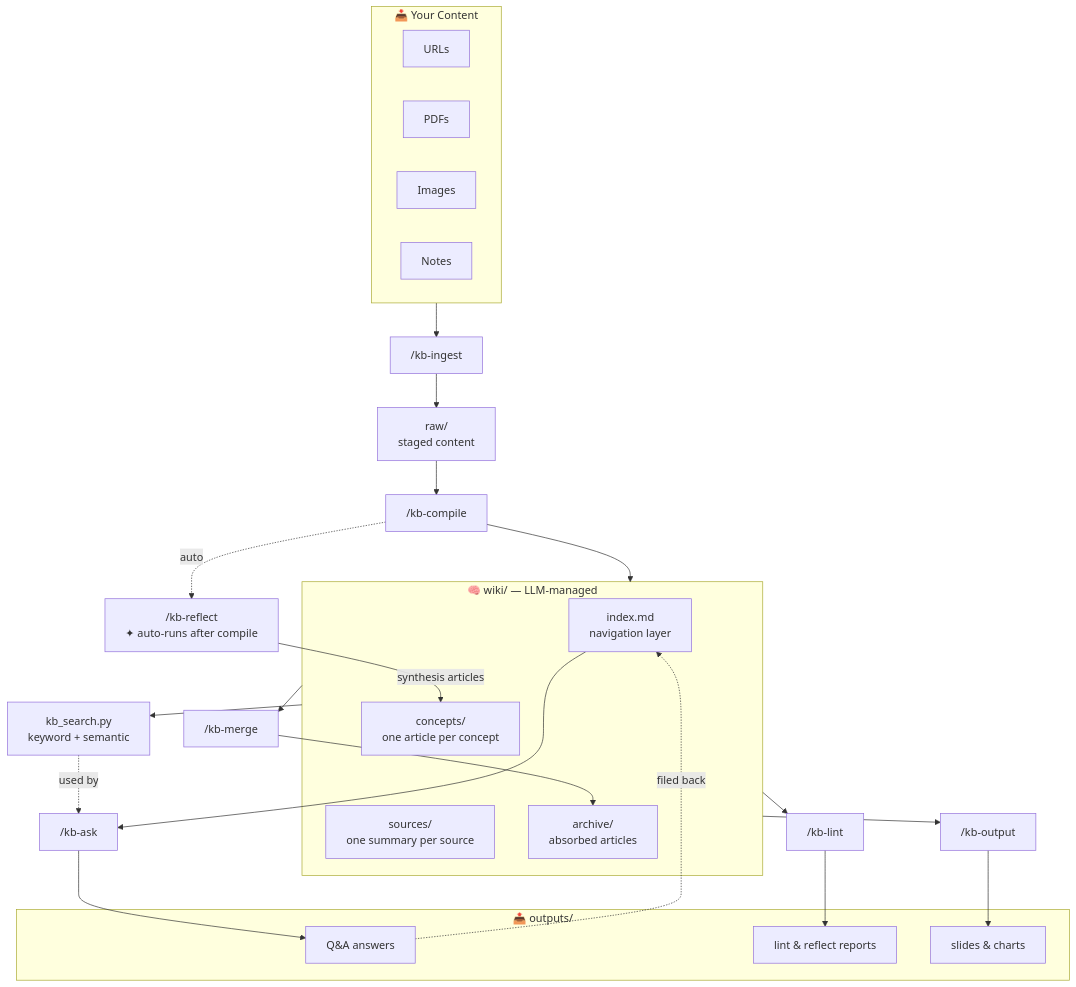
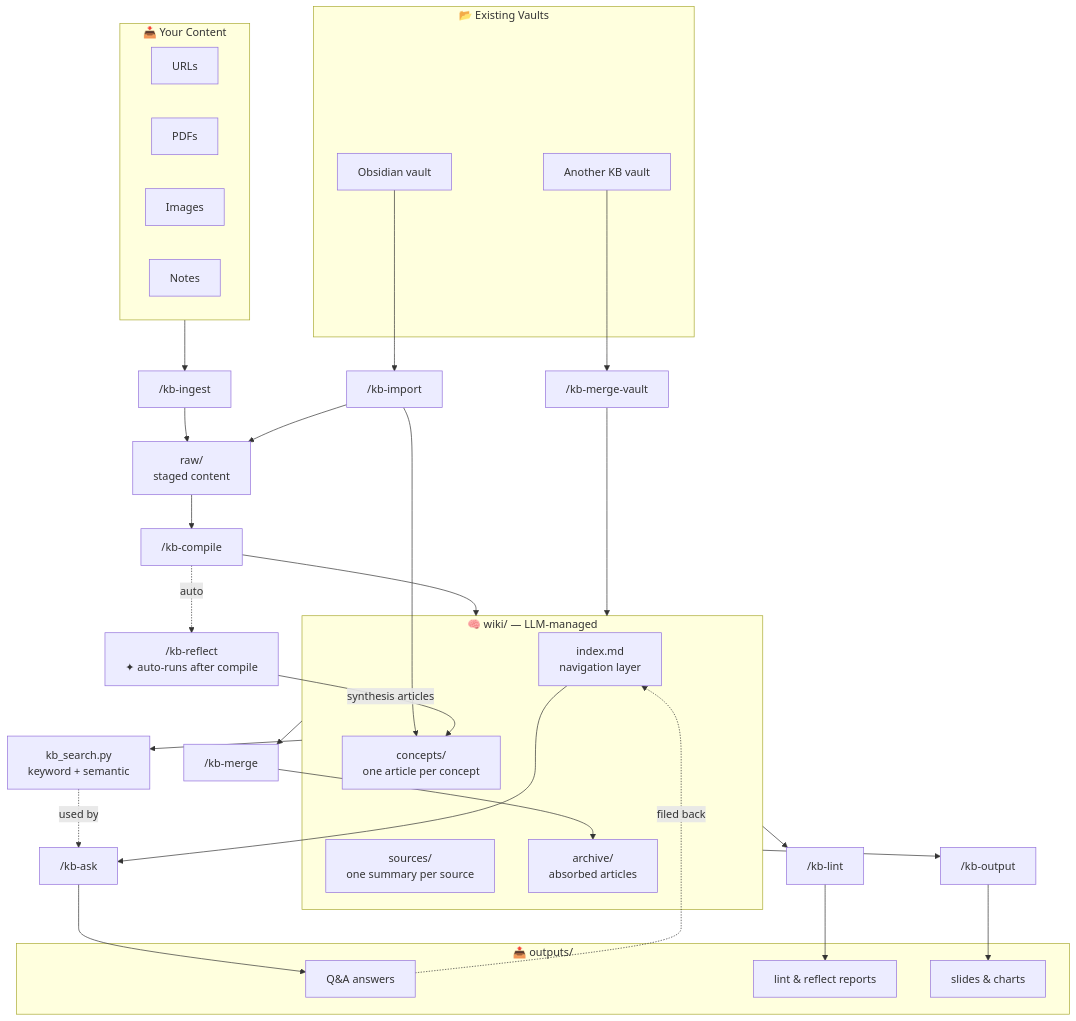
Before and after one commit to mindgameolympiangames78/llm-knowledge-base: the diagram in README.md, drawn with Mermaid. The commit also changed other lines of this file, not shown here.

First line of the commit message:
docs: update README for /kb-import and /kb-merge-vault skills

````diff
--- a/README.md
+++ b/README.md
@@ -11,45 +11,54 @@
 ```mermaid
 flowchart TD
     subgraph input["📥 Your Content"]
         A1[URLs]
         A2[PDFs]
         A3[Images]
         A4[Notes]
     end
 
+    subgraph existing["📂 Existing Vaults"]
+        B1[Obsidian vault]
+        B2[Another KB vault]
+    end
+
     ingest["/kb-ingest"]
+    import_["/kb-import"]
+    mergevault["/kb-merge-vault"]
     raw["raw/\nstaged content"]
     compile["/kb-compile"]
 
     subgraph wiki["🧠 wiki/  —  LLM-managed"]
         index["index.md\nnavigation layer"]
         concepts["concepts/\none article per concept"]
         sources["sources/\none summary per source"]
         archive["archive/\nabsorbed articles"]
     end
 
     reflect["/kb-reflect\n✦ auto-runs after compile"]
     search["kb_search.py\nkeyword + semantic"]
 
     ask["/kb-ask"]
     lint["/kb-lint"]
     merge["/kb-merge"]
     output["/kb-output"]
 
     subgraph out["📤 outputs/"]
         answers["Q&A answers"]
         reports["lint & reflect reports"]
         rendered["slides & charts"]
     end
 
     input --> ingest --> raw --> compile --> wiki
+    B1 --> import_ --> raw & concepts
+    B2 --> mergevault --> wiki
     compile -. auto .-> reflect
     reflect -- synthesis articles --> concepts
     wiki --> search
     search -. used by .-> ask
     index --> ask --> answers
     answers -. filed back .-> index
     wiki --> lint --> reports
     wiki --> merge --> archive
     wiki --> output --> rendered
 ```
````
